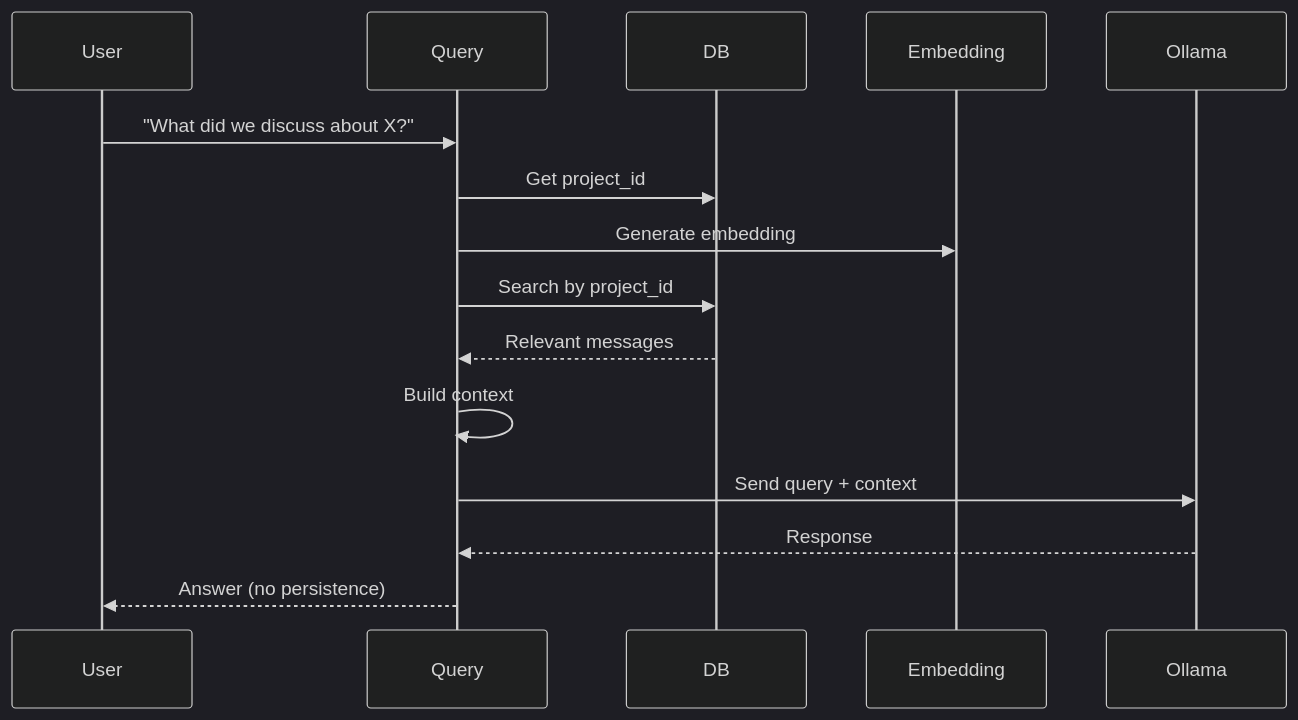
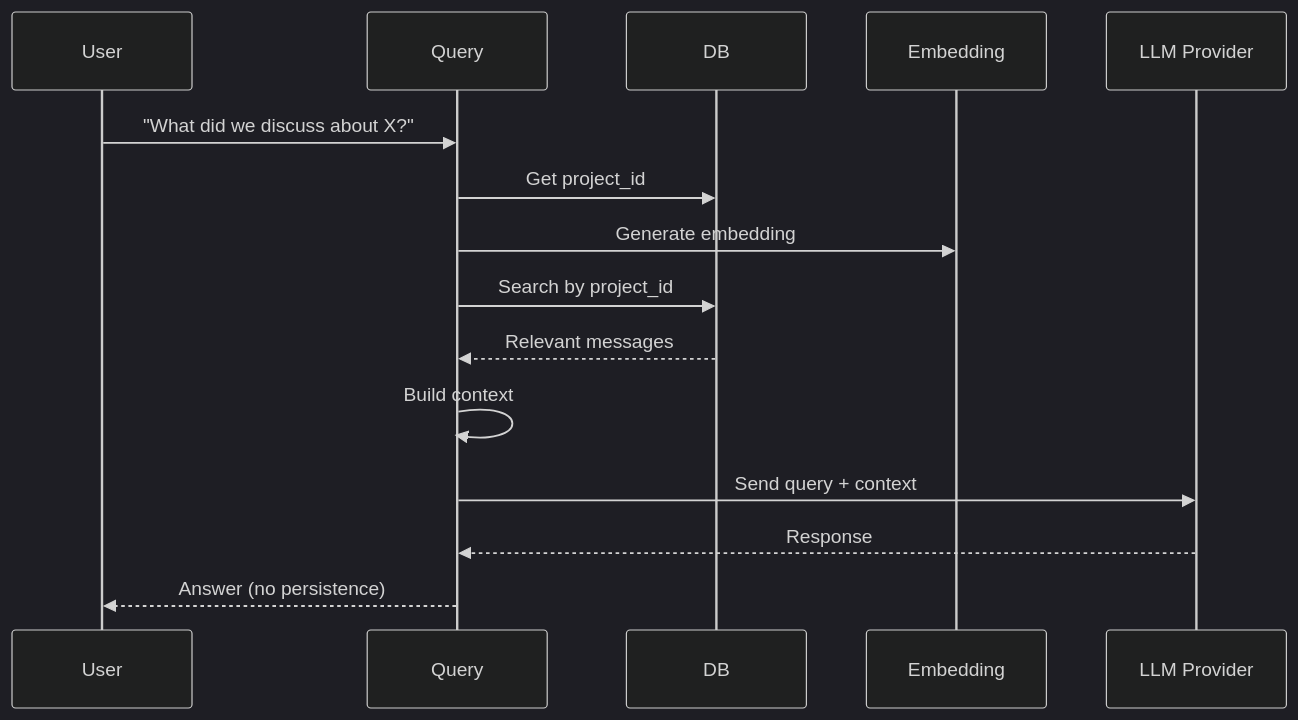
Before and after one commit to luksamuk/sprachspiel: the fifth of 8 diagrams in doc/src/development/architecture.md, drawn with Mermaid (dark theme). The commit also changed other lines of this file and 6 other files, not shown here.

````diff
--- a/doc/src/development/architecture.md
+++ b/doc/src/development/architecture.md
@@ -515,18 +515,18 @@
 ```mermaid
 sequenceDiagram
     participant User
     participant Query
     participant DB
     participant Embedding
-    participant Ollama
+    participant LLM Provider
     
     User->>Query: "What did we discuss about X?"
     Query->>DB: Get project_id
     Query->>Embedding: Generate embedding
     Query->>DB: Search by project_id
     DB-->>Query: Relevant messages
     Query->>Query: Build context
-    Query->>Ollama: Send query + context
-    Ollama-->>Query: Response
+    Query->>LLM Provider: Send query + context
+    LLM Provider-->>Query: Response
     Query-->>User: Answer (no persistence)
 ```
````
